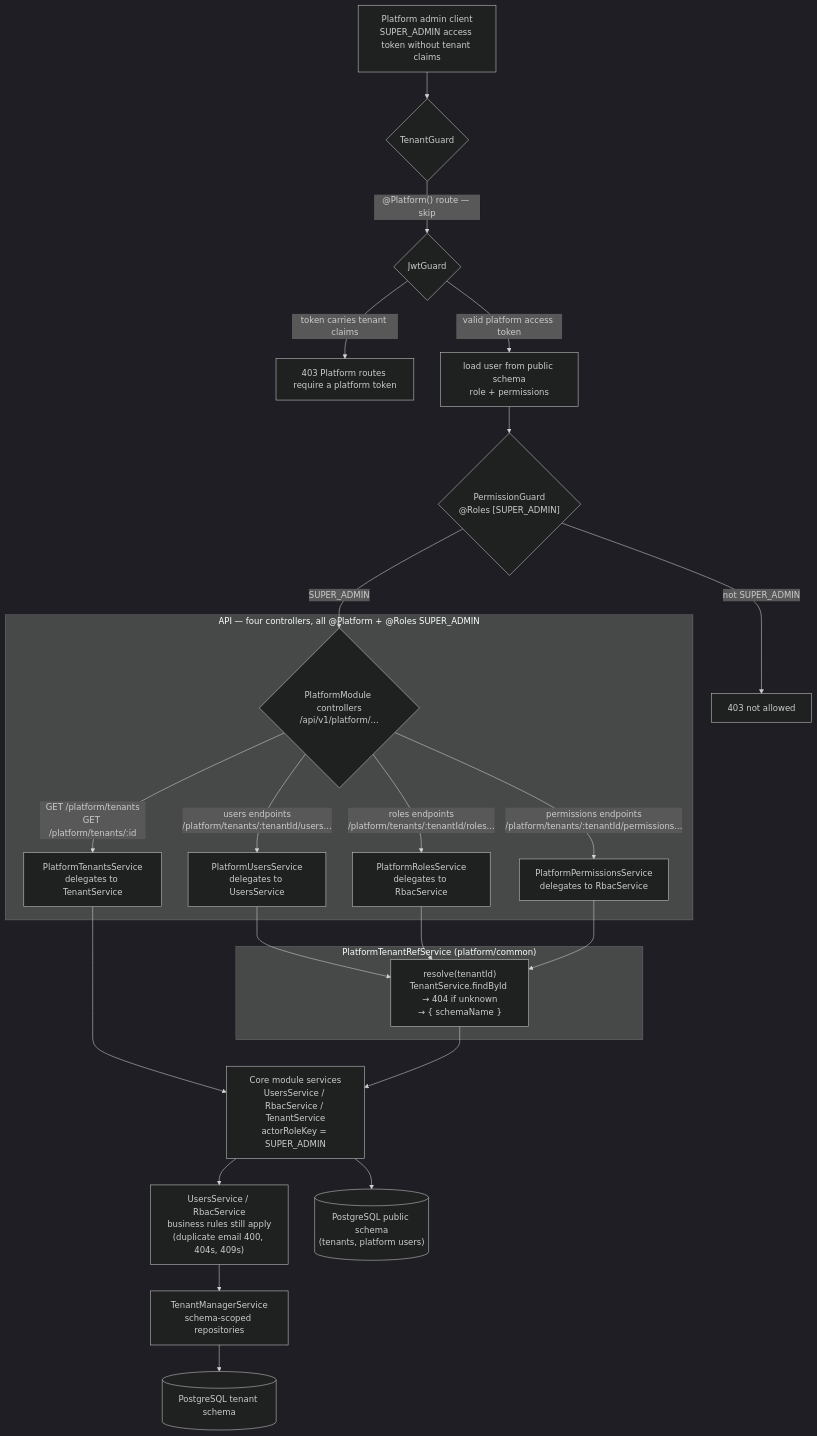
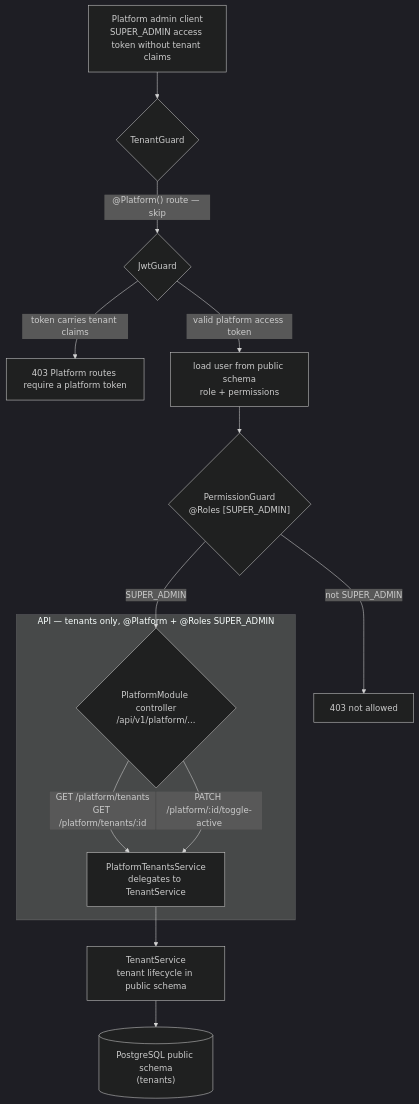
The diagram in src/modules/platform/workflow.md (DevBassel/saas_commerce), drawn with Mermaid (dark theme) before and after one commit. The commit also changed 67 other files, not shown here.

````diff
--- a/src/modules/platform/workflow.md
+++ b/src/modules/platform/workflow.md
@@ -1,31 +1,18 @@
 ```mermaid
 flowchart TD
     Client["Platform admin client<br/>SUPER_ADMIN access token without tenant claims"] --> TG{"TenantGuard"}
     TG -->|"@Platform() route — skip"| JG{"JwtGuard"}
     JG -->|"token carries tenant claims"| E403T["403 Platform routes require a platform token"]
     JG -->|"valid platform access token"| LOAD["load user from public schema<br/>role + permissions"]
     LOAD --> PG{"PermissionGuard<br/>@Roles [SUPER_ADMIN]"}
     PG -->|"not SUPER_ADMIN"| E403R["403 not allowed"]
-    PG -->|"SUPER_ADMIN"| CTRL{"PlatformModule controllers<br/>/api/v1/platform/..."}
+    PG -->|"SUPER_ADMIN"| CTRL{"PlatformModule controller<br/>/api/v1/platform/..."}
 
-    subgraph API["API — four controllers, all @Platform + @Roles SUPER_ADMIN"]
+    subgraph API["API — tenants only, @Platform + @Roles SUPER_ADMIN"]
         CTRL -->|"GET /platform/tenants<br/>GET /platform/tenants/:id"| TSVC["PlatformTenantsService<br/>delegates to TenantService"]
-        CTRL -->|"users endpoints<br/>/platform/tenants/:tenantId/users..."| USVC["PlatformUsersService<br/>delegates to UsersService"]
-        CTRL -->|"roles endpoints<br/>/platform/tenants/:tenantId/roles..."| RSVC["PlatformRolesService<br/>delegates to RbacService"]
-        CTRL -->|"permissions endpoints<br/>/platform/tenants/:tenantId/permissions..."| PSVC["PlatformPermissionsService<br/>delegates to RbacService"]
+        CTRL -->|"PATCH /platform/:id/toggle-active"| TSVC
     end
 
-    USVC --> REF
-    RSVC --> REF
-    PSVC --> REF
-    subgraph COMMON["PlatformTenantRefService (platform/common)"]
-        REF["resolve(tenantId)<br/>TenantService.findById → 404 if unknown<br/>→ { schemaName }"]
-    end
-
-    TSVC --> CORE
-    REF --> CORE["Core module services<br/>UsersService / RbacService / TenantService<br/>actorRoleKey = SUPER_ADMIN"]
-    CORE --> RULES["UsersService / RbacService<br/>business rules still apply<br/>(duplicate email 400, 404s, 409s)"]
-    RULES --> TM["TenantManagerService<br/>schema-scoped repositories"]
-    TM --> TDB[("PostgreSQL tenant schema")]
-    CORE --> PDB[("PostgreSQL public schema<br/>(tenants, platform users)")]
+    TSVC --> CORE["TenantService<br/>tenant lifecycle in public schema"]
+    CORE --> PDB[("PostgreSQL public schema<br/>(tenants)")]
 ```
````
